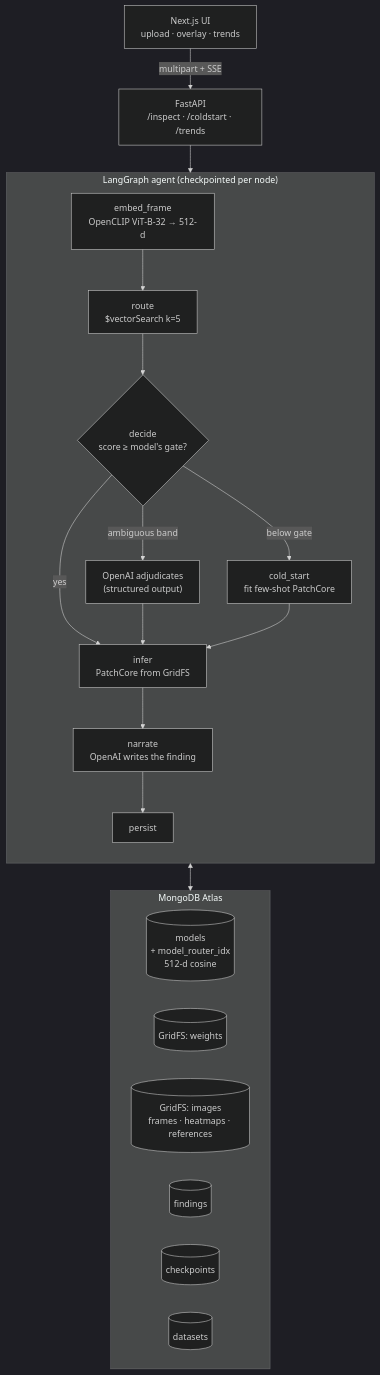
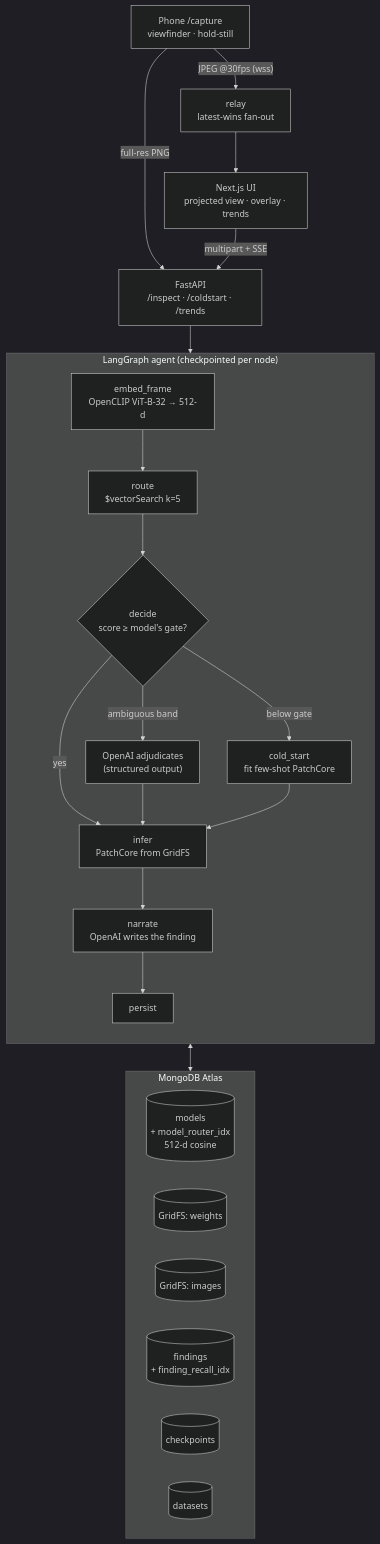
Before and after one commit to PranavAchar01/ambit: the diagram in README.md, drawn with Mermaid (dark theme). The commit also changed other lines of this file and 46 other files, not shown here.

````diff
--- a/README.md
+++ b/README.md
@@ -38,29 +75,32 @@
 ```mermaid
 flowchart TB
-    UI["Next.js UI<br/>upload · overlay · trends"] -->|"multipart + SSE"| API["FastAPI<br/>/inspect · /coldstart · /trends"]
+    PH["Phone /capture<br/>viewfinder · hold-still"] -->|"JPEG @30fps (wss)"| RLY["relay<br/>latest-wins fan-out"]
+    RLY --> UI
+    PH -->|"full-res PNG"| API
+    UI["Next.js UI<br/>projected view · overlay · trends"] -->|"multipart + SSE"| API["FastAPI<br/>/inspect · /coldstart · /trends"]
     API --> G
 
     subgraph G["LangGraph agent (checkpointed per node)"]
         direction TB
         E["embed_frame<br/>OpenCLIP ViT-B-32 → 512-d"] --> R["route<br/>$vectorSearch k=5"]
         R --> D{"decide<br/>score ≥ model's gate?"}
         D -->|yes| I["infer<br/>PatchCore from GridFS"]
         D -->|"ambiguous band"| L["OpenAI adjudicates<br/>(structured output)"]
         L --> I
         D -->|"below gate"| C["cold_start<br/>fit few-shot PatchCore"]
         C --> I
         I --> N["narrate<br/>OpenAI writes the finding"]
         N --> P["persist"]
     end
 
     G <--> M
     subgraph M["MongoDB Atlas"]
         direction LR
         MOD[("models<br/>+ model_router_idx<br/>512-d cosine")]
         WGT[("GridFS: weights")]
-        IMG[("GridFS: images<br/>frames · heatmaps · references")]
-        FND[("findings")]
+        IMG[("GridFS: images")]
+        FND[("findings<br/>+ finding_recall_idx")]
         CKP[("checkpoints")]
         DS[("datasets")]
     end
 ```
````
